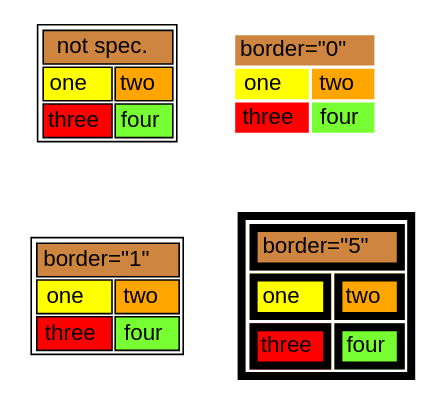
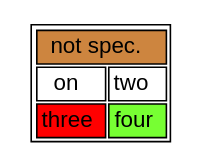
Before and after one commit to Lcastellanos5686/IPC2_Proyecto2_202103105: the diagram in GraphvizEjemploTabla.dot, drawn with Graphviz. The commit also changed 17 other files, not shown here.

```diff
--- a/GraphvizEjemploTabla.dot
+++ b/GraphvizEjemploTabla.dot
@@ -1,42 +1,12 @@
 digraph {
 
   node [ shape=none fontname=Helvetica ]
 
   n1 [ label = <
     <table>
-       <tr><td colspan="2" bgcolor="Peru">not spec.</td></tr>
-       <tr><td bgcolor="yellow">one  </td><td bgcolor="orange">two </td></tr>
-       <tr><td bgcolor="red">three</td><td bgcolor="#77ff33">four</td></tr>
+      <tr><td colspan="2" bgcolor="Peru">not spec.</td></tr>
+      <tr><td>on </td><td>two </td></tr>
+      <tr><td bgcolor="red">three</td><td bgcolor="#77ff33">four</td></tr>
     </table>
   > ]
-
-  n2 [ label = <
-    <table border="0">
-       <tr><td colspan="2" bgcolor="Peru">border="0"</td></tr>
-       <tr><td bgcolor="yellow">one  </td><td bgcolor="orange">two </td></tr>
-       <tr><td bgcolor="red">three</td><td bgcolor="#77ff33">four</td></tr>
-    </table>
-  > ]
-
-  n3 [ label = <
-    <table border="1">
-       <tr><td colspan="2" bgcolor="Peru">border="1"</td></tr>
-       <tr><td bgcolor="yellow">one  </td><td bgcolor="orange">two </td></tr>
-       <tr><td bgcolor="red">three</td><td bgcolor="#77ff33">four</td></tr>
-    </table>
-  > ]
-
-  n4 [ label = <
-    <table border="5">
-       <tr><td colspan="2" bgcolor="Peru">border="5"</td></tr>
-       <tr><td bgcolor="yellow">one  </td><td bgcolor="orange">two </td></tr>
-       <tr><td bgcolor="red">three</td><td bgcolor="#77ff33">four</td></tr>
-    </table>
-  > ]
-
-  {rank=same n1 n2}
-  {rank=same n3 n4}
-
-  n1 -> n3 [ style = invis ]
-
 }
```
